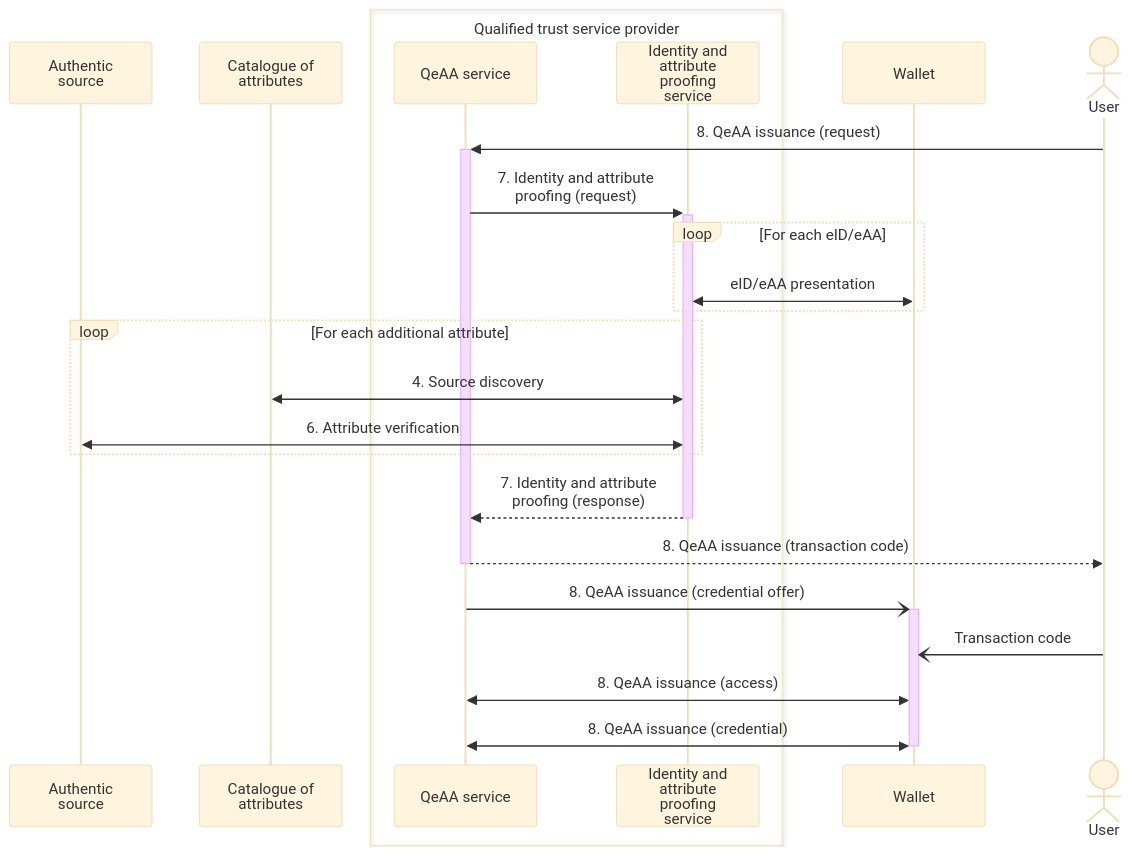
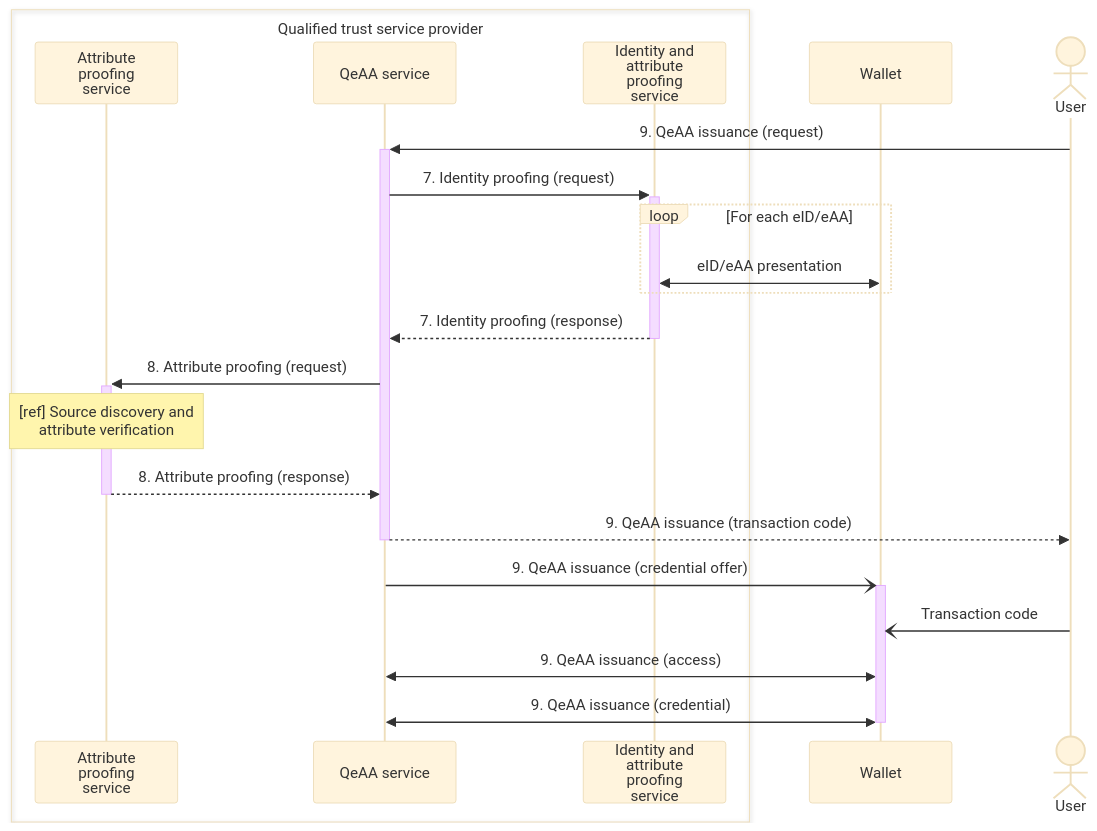
One commit to webuild-consortium/wp4-qtsp-group changed the third of 4 diagrams in docs/qeaa/architecture.md. Above: the diagram before and after it, drawn with Mermaid (base theme). The commit also changed other lines of this file, not shown here.

Commit message:
Separate attribute proofing service

````diff
--- a/docs/qeaa/architecture.md
+++ b/docs/qeaa/architecture.md
@@ -148,26 +151,24 @@
 ```mermaid
 sequenceDiagram
-participant AS as Authentic<br>source
-participant CatAtt as Catalogue of<br>attributes
 box Qualified trust service provider
+    participant APS as Attribute<br>proofing<br>service
     participant EAAS as QeAA service
     participant IPS as Identity and<br>attribute<br>proofing<br>service
 end
 participant Wallet
 actor User
-User ->>+ EAAS : 8. QeAA issuance (request)
-EAAS ->>+ IPS : 7. Identity and attribute<br>proofing (request)
+User ->>+ EAAS : 9. QeAA issuance (request)
+EAAS ->>+ IPS : 7. Identity proofing (request)
 loop For each eID/eAA
     IPS <<->> Wallet : eID/eAA presentation
 end
-loop For each additional attribute
-    IPS <<->> CatAtt : 4. Source discovery
-    IPS <<->> AS : 6. Attribute verification
-end
-IPS -->>- EAAS : 7. Identity and attribute<br>proofing (response)
-EAAS -->>- User : 8. QeAA issuance (transaction code)
-EAAS -)+ Wallet : 8. QeAA issuance (credential offer)
+IPS -->>- EAAS : 7. Identity proofing (response)
+EAAS ->>+ APS : 8. Attribute proofing (request)
+note over APS : [ref] Source discovery and<br>attribute verification
+APS -->>- EAAS : 8. Attribute proofing (response)
+EAAS -->>- User : 9. QeAA issuance (transaction code)
+EAAS -)+ Wallet : 9. QeAA issuance (credential offer)
 User -) Wallet : Transaction code
-Wallet <<->> EAAS : 8. QeAA issuance (access)
-Wallet <<->>- EAAS : 8. QeAA issuance (credential)
+Wallet <<->> EAAS : 9. QeAA issuance (access)
+Wallet <<->>- EAAS : 9. QeAA issuance (credential)
 ```
````
